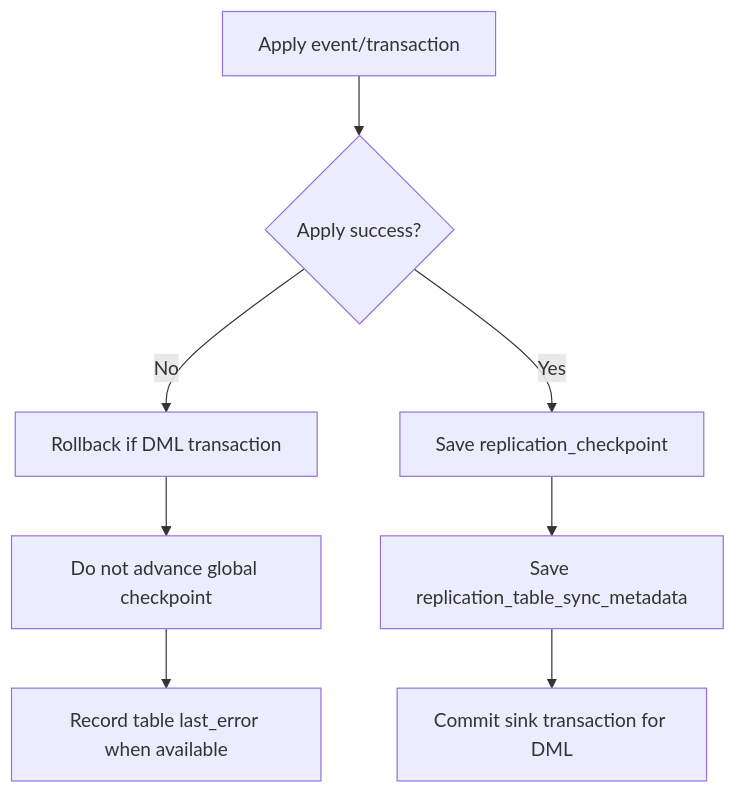
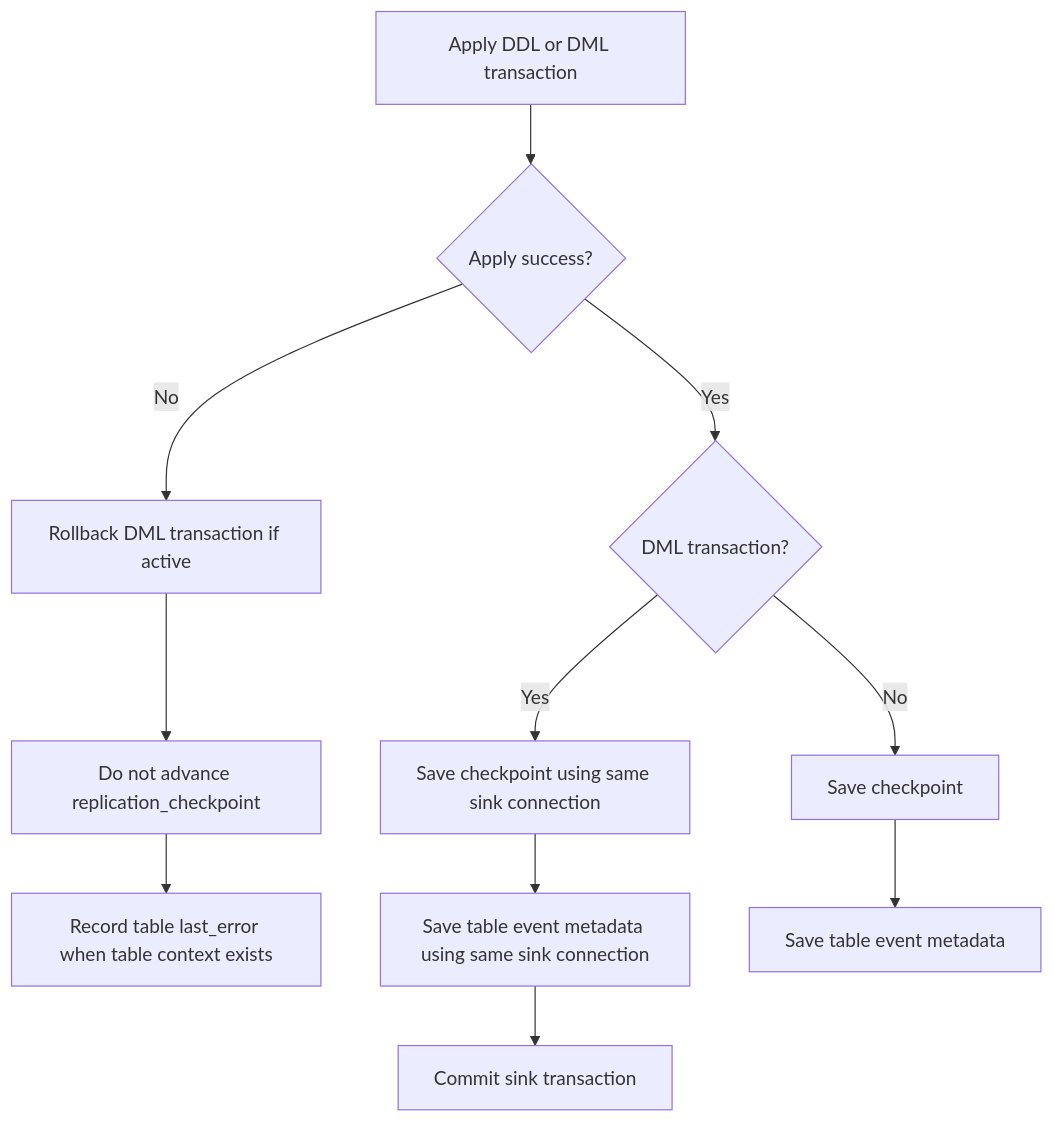
The ninth of 12 diagrams in backend/docs/replication-flow.md (phongthinkvitals/thinkvitals-mysql-replicator), drawn with Mermaid before and after one commit. The commit also changed other lines of this file and 9 other files, not shown here.

````diff
--- a/backend/docs/replication-flow.md
+++ b/backend/docs/replication-flow.md
@@ -293,10 +421,13 @@
 ```mermaid
 flowchart TD
-    A[Apply event/transaction] --> B{Apply success?}
-    B -- No --> C[Rollback if DML transaction]
-    C --> D[Do not advance global checkpoint]
-    D --> E[Record table last_error when available]
-    B -- Yes --> F[Save replication_checkpoint]
-    F --> G[Save replication_table_sync_metadata]
-    G --> H[Commit sink transaction for DML]
+    A["Apply DDL or DML transaction"] --> B{"Apply success?"}
+    B -- "No" --> C["Rollback DML transaction if active"]
+    C --> D["Do not advance replication_checkpoint"]
+    D --> E["Record table last_error when table context exists"]
+    B -- "Yes" --> F{"DML transaction?"}
+    F -- "Yes" --> G["Save checkpoint using same sink connection"]
+    G --> H["Save table event metadata using same sink connection"]
+    H --> I["Commit sink transaction"]
+    F -- "No" --> J["Save checkpoint"]
+    J --> K["Save table event metadata"]
 ```
````
